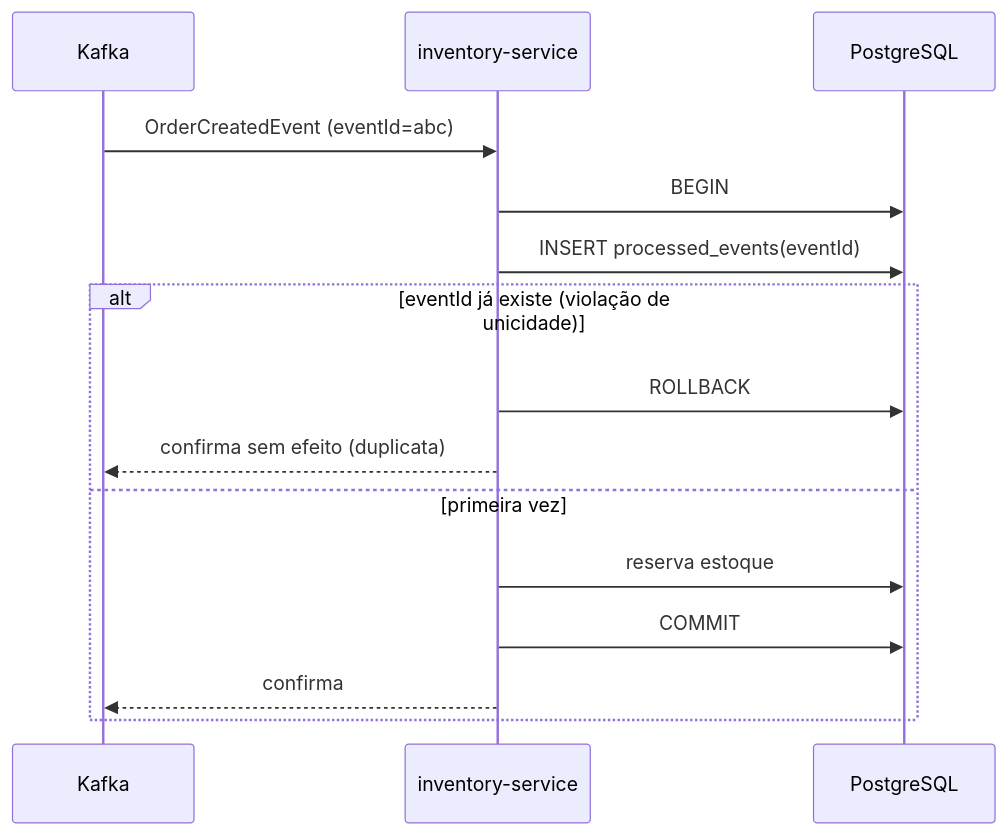
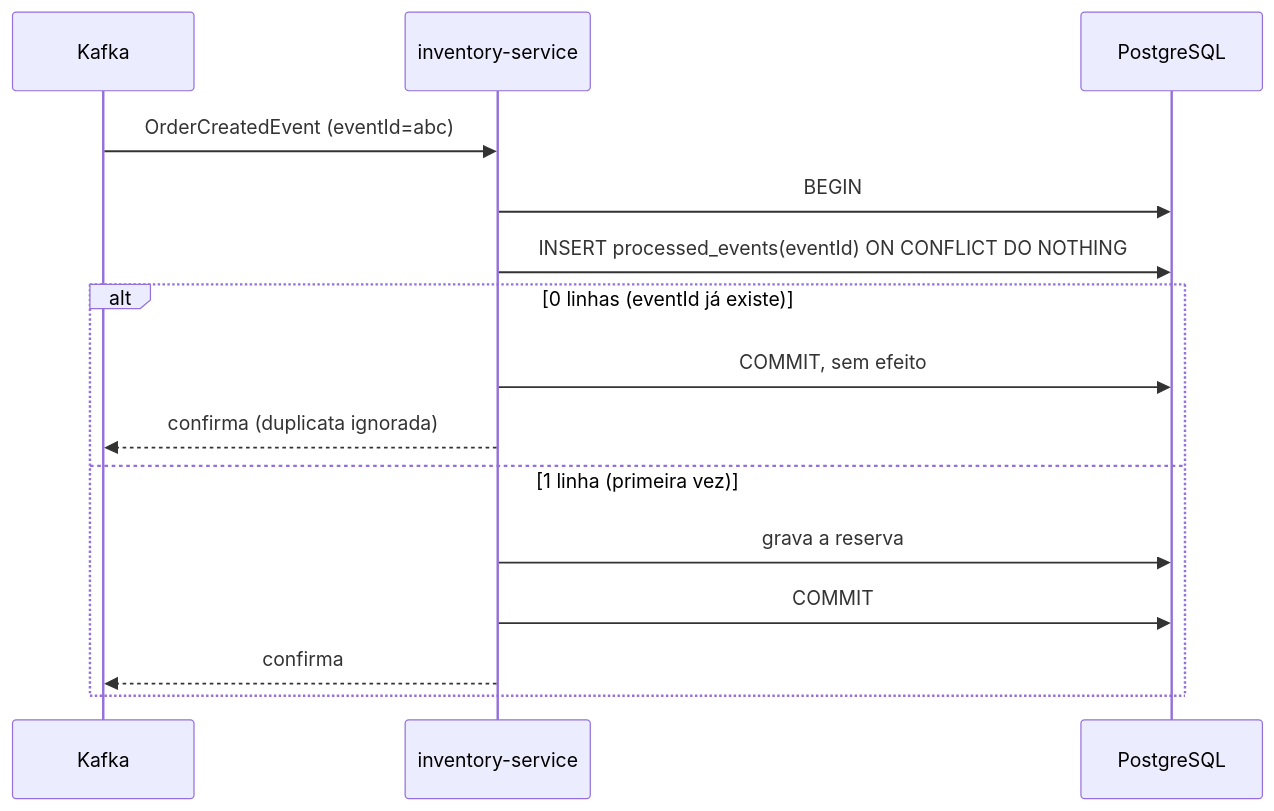
One commit to GiovaniCancherini/sales-events-java changed the fifth of 6 diagrams in docs/architecture.md. Above: the diagram before and after it, drawn with Mermaid. The commit also changed other lines of this file and 3 other files, not shown here.

````diff
--- a/docs/architecture.md
+++ b/docs/architecture.md
@@ -112,17 +114,17 @@
 ```mermaid
 sequenceDiagram
     participant K as Kafka
     participant I as inventory-service
     participant DB as PostgreSQL
     K->>I: OrderCreatedEvent (eventId=abc)
     I->>DB: BEGIN
-    I->>DB: INSERT processed_events(eventId) 
-    alt eventId já existe (violação de unicidade)
-        I->>DB: ROLLBACK
-        I-->>K: confirma sem efeito (duplicata)
-    else primeira vez
-        I->>DB: reserva estoque
+    I->>DB: INSERT processed_events(eventId) ON CONFLICT DO NOTHING
+    alt 0 linhas (eventId já existe)
+        I->>DB: COMMIT, sem efeito
+        I-->>K: confirma (duplicata ignorada)
+    else 1 linha (primeira vez)
+        I->>DB: grava a reserva
         I->>DB: COMMIT
         I-->>K: confirma
     end
 ```
````
